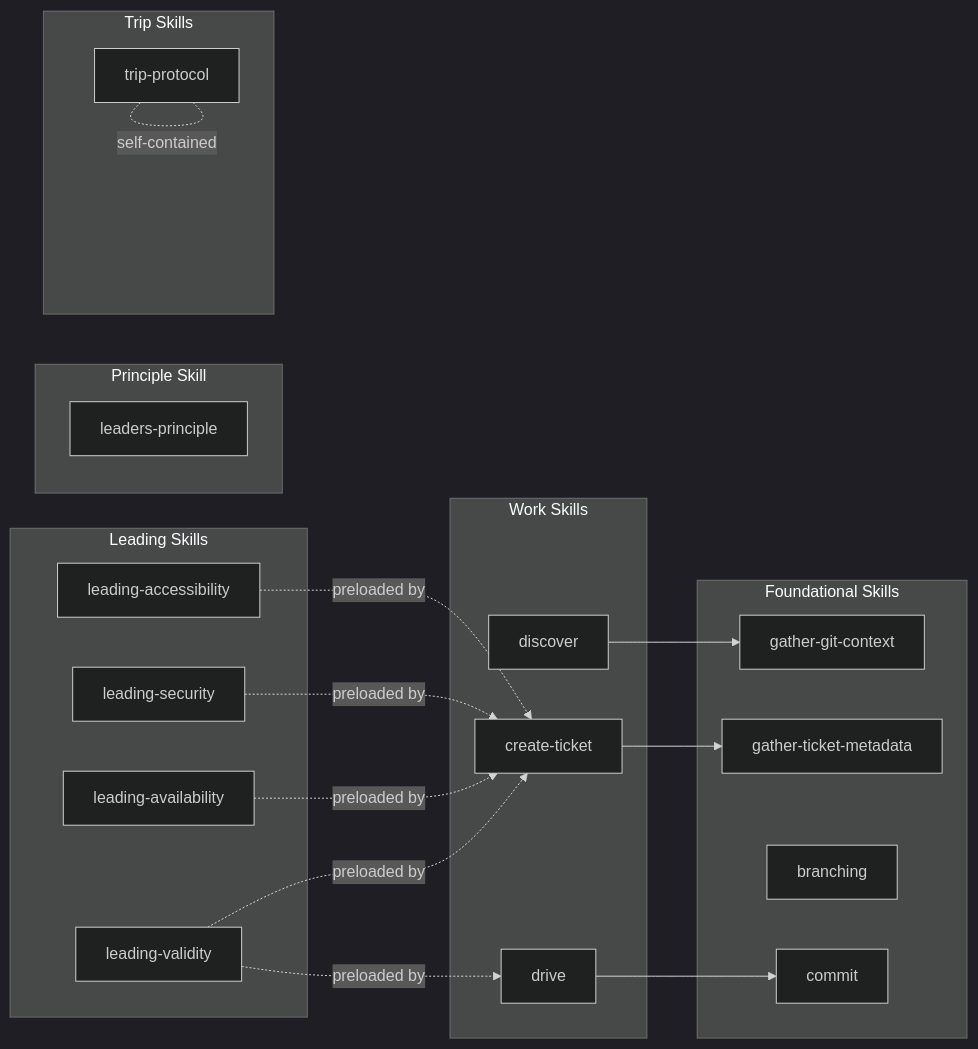
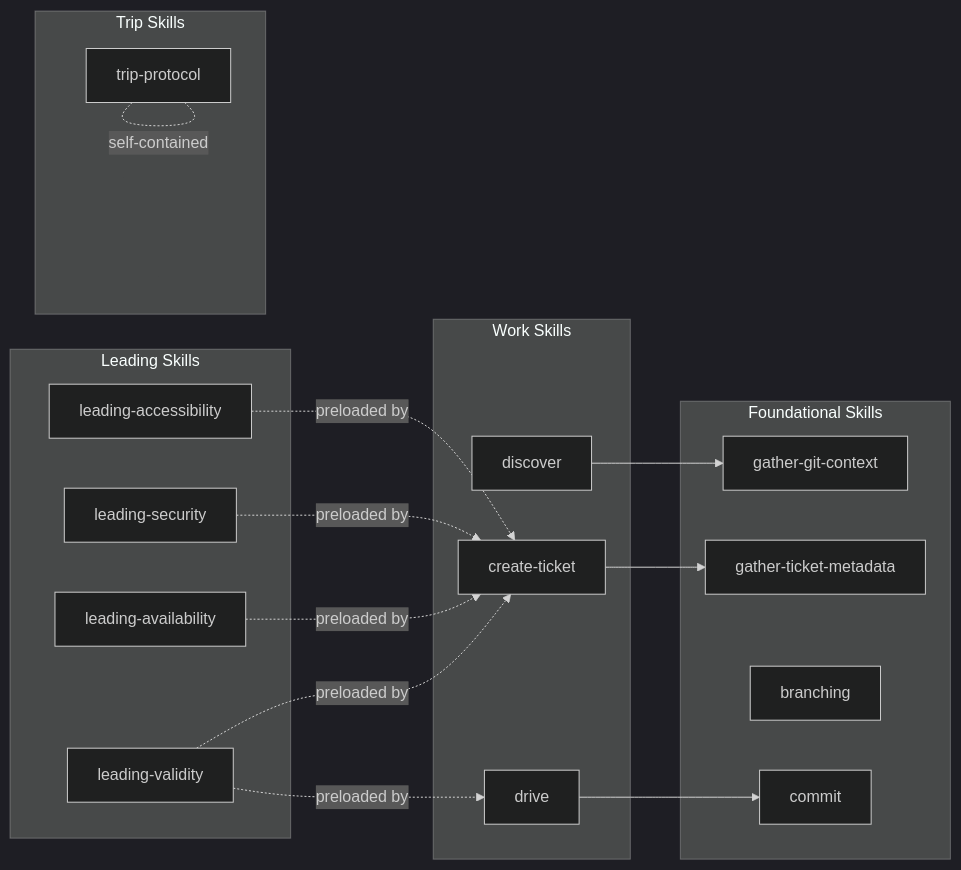
The third of 3 diagrams in .workaholic/specs/component.md (qmu/workaholic), drawn with Mermaid (dark theme) before and after one commit. The commit also changed other lines of this file and 10 other files, not shown here.

First line of the commit message:
Deprecate leaders-principle; merge Vendor Neutrality and Ubiquitous Language into leads

````diff
--- a/.workaholic/specs/component.md
+++ b/.workaholic/specs/component.md
@@ -315,42 +311,38 @@
 ```mermaid
 flowchart LR
     subgraph "Leading Skills"
         LV[leading-validity]
         LAv[leading-availability]
         LSec[leading-security]
         LAc[leading-accessibility]
-    end
-
-    subgraph "Principle Skill"
-        LeadP[leaders-principle]
     end
 
     subgraph "Trip Skills"
         TP[trip-protocol]
     end
 
     subgraph "Work Skills"
         D[drive]
         CT[create-ticket]
         Disc[discover]
     end
 
     subgraph "Foundational Skills"
         GGC[gather-git-context]
         GTM[gather-ticket-metadata]
         Br[branching]
         Co[commit]
     end
 
     D --> Co
     CT --> GTM
     Disc --> GGC
 
     LV -.preloaded by.-> CT
     LV -.preloaded by.-> D
     LAv -.preloaded by.-> CT
     LSec -.preloaded by.-> CT
     LAc -.preloaded by.-> CT
 
     TP -.- |self-contained| TP
 ```
````
